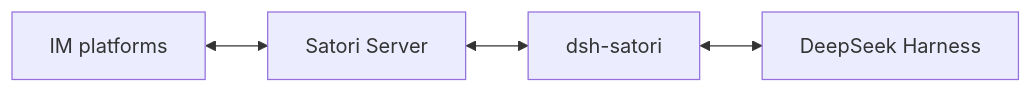
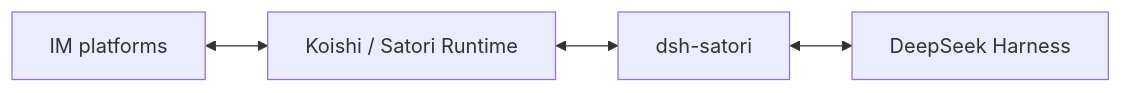
One commit to Ri0n72Y/dsh-satori changed the diagram in README.md. Above: the diagram before and after it, drawn with Mermaid. The commit also changed other lines of this file and 4 other files, not shown here.

Commit message:
docs: clarify Koishi Satori setup and test status

````diff
--- a/README.md
+++ b/README.md
@@ -11,6 +11,6 @@
 ```mermaid
 flowchart LR
-    IM[IM platforms] <--> Satori[Satori Server]
-    Satori <--> Plugin[dsh-satori]
+    IM[IM platforms] <--> KS[Koishi / Satori Runtime]
+    KS <--> Plugin[dsh-satori]
     Plugin <--> DSH[DeepSeek Harness]
 ```
````
